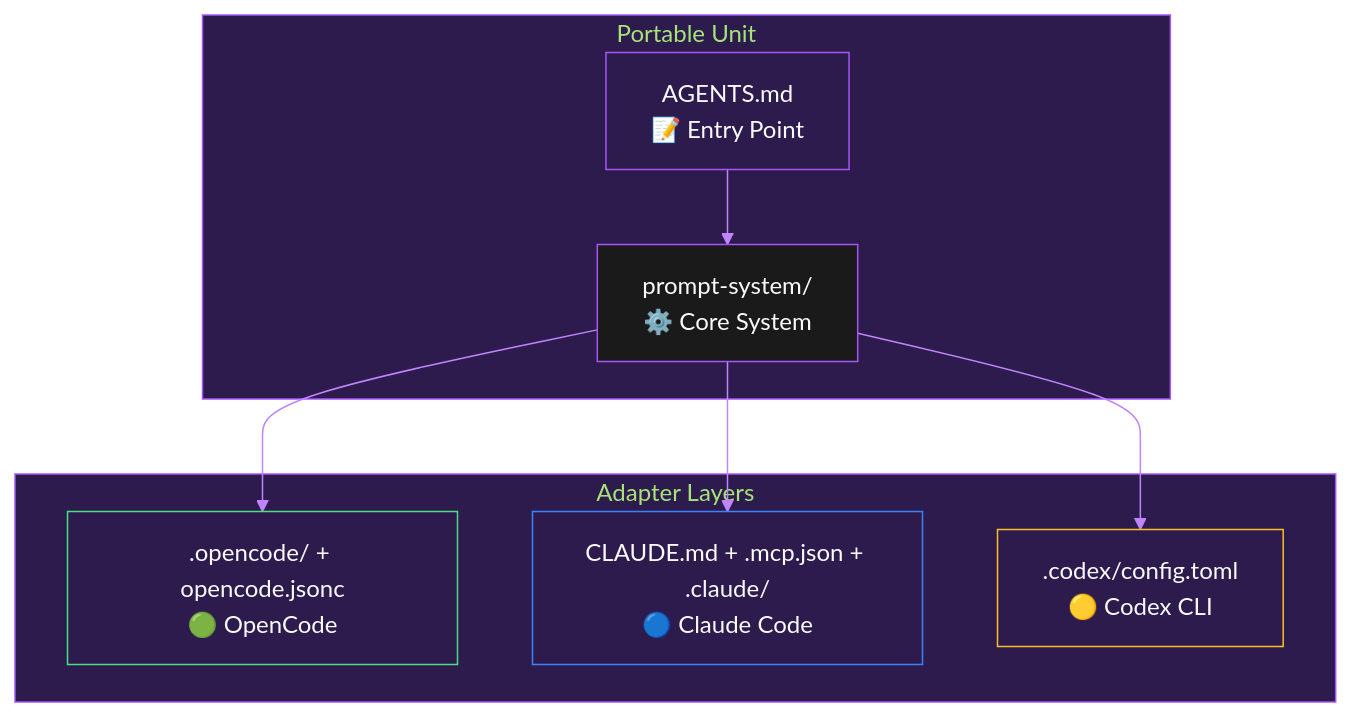
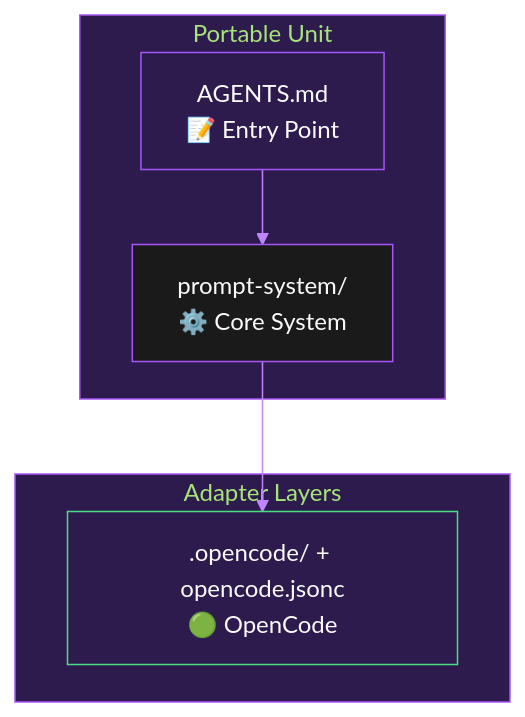
Before and after one commit to simwai/perplexity-prompts: the diagram in docs/REFERENCE/SYSTEM_OVERVIEW.md, drawn with Mermaid. The commit also changed other lines of this file and 56 other files, not shown here.

Commit message:
chore: remove Claude Code, Codex CLI, Cursor, and Hermes adapter support

````diff
--- a/docs/REFERENCE/SYSTEM_OVERVIEW.md
+++ b/docs/REFERENCE/SYSTEM_OVERVIEW.md
@@ -9,33 +9,27 @@
 ```mermaid
 %%{init: {'theme': 'base', 'themeVariables': {
   'primaryColor': '#a855f7', 'primaryTextColor': '#fafafa',
   'primaryBorderColor': '#c084fc', 'lineColor': '#c084fc',
   'secondaryColor': '#7e22ce', 'tertiaryColor': '#581c87',
   'background': '#0f0f0f', 'mainBkg': '#1a1a1a',
   'secondBkg': '#262626', 'tertiaryBkg': '#3d3d3d',
   'textColor': '#fafafa', 'nodeBorder': '#a855f7',
   'clusterBkg': '#2d1b4e', 'clusterBorder': '#a855f7'
-}}}%%
-flowchart TD
-    subgraph PORTABLE["Portable Unit"]
-        AGENTS["AGENTS.md\n📝 Entry Point"]
-        PS["prompt-system/\n⚙️ Core System"]
-    end
-    
-    subgraph ADAPTERS["Adapter Layers"]
-        OPENCODE[".opencode/ + opencode.jsonc\n🟢 OpenCode"]
-        CLAUDE["CLAUDE.md + .mcp.json + .claude/\n🔵 Claude Code"]
-        CODEX[".codex/config.toml\n🟡 Codex CLI"]
-    end
-    
-    AGENTS --> PS
-    PS --> OPENCODE
-    PS --> CLAUDE
-    PS --> CODEX
-    
-    style AGENTS fill:#2d1b4e,stroke:#a855f7
-    style PS fill:#1a1a1a,stroke:#a855f7
-    style OPENCODE fill:#2d1b4e,stroke:#4ade80
-    style CLAUDE fill:#2d1b4e,stroke:#3b82f6
-    style CODEX fill:#2d1b4e,stroke:#fbbf24
-```
+  }}}%%
+  flowchart TD
+      subgraph PORTABLE["Portable Unit"]
+          AGENTS["AGENTS.md\n📝 Entry Point"]
+          PS["prompt-system/\n⚙️ Core System"]
+      end
+      
+      subgraph ADAPTERS["Adapter Layers"]
+          OPENCODE[".opencode/ + opencode.jsonc\n🟢 OpenCode"]
+      end
+      
+      AGENTS --> PS
+      PS --> OPENCODE
+      
+      style AGENTS fill:#2d1b4e,stroke:#a855f7
+      style PS fill:#1a1a1a,stroke:#a855f7
+      style OPENCODE fill:#2d1b4e,stroke:#4ade80
+  ```
````
